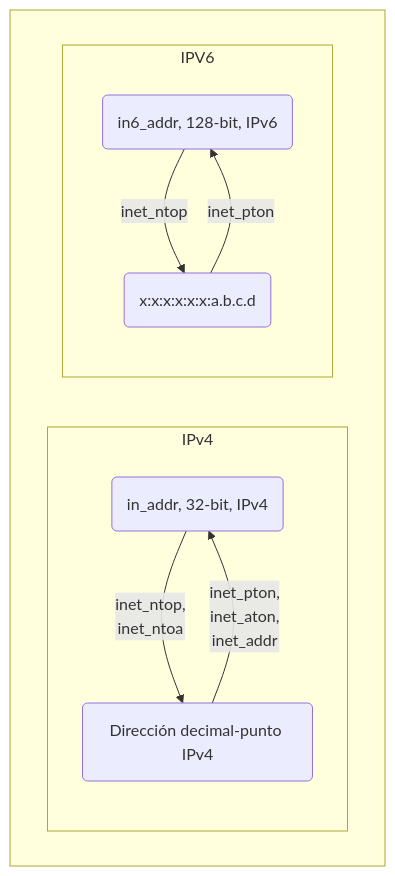
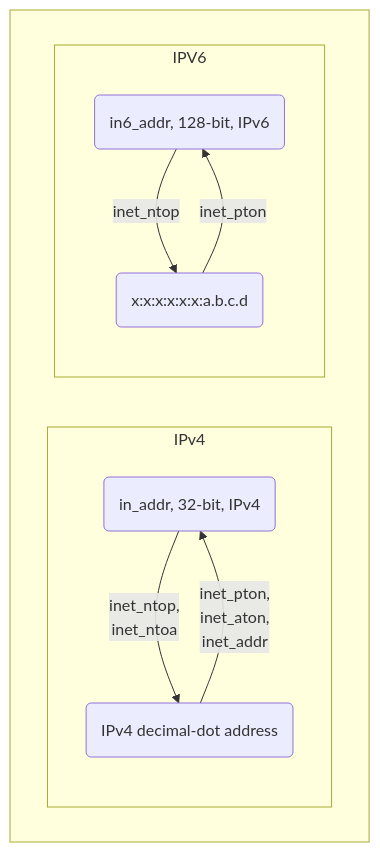
One commit to acaldero/uc3m_ds changed the second of 5 diagrams in materials/topic-sockets/ssdd_sockets.md. Above: the diagram before and after it, drawn with Mermaid. The commit also changed other lines of this file, not shown here.

````diff
--- a/materials/topic-sockets/ssdd_sockets.md
+++ b/materials/topic-sockets/ssdd_sockets.md
@@ -481,17 +489,17 @@
 ```mermaid
 flowchart TD
-    A(in_addr, 32-bit, IPv4) -->|inet_ntop,<br> inet_ntoa| B(Dirección decimal-punto IPv4)
+    A(in_addr, 32-bit, IPv4) -->|inet_ntop,<br> inet_ntoa| B(IPv4 decimal-dot address)
     B -->|inet_pton,<br> inet_aton,<br> inet_addr| A
     C(in6_addr, 128-bit, IPv6) -->|inet_ntop| D(x:x:x:x:x:x:a.b.c.d)
     D -->|inet_pton| C
     subgraph " "
       subgraph "IPv4"
         A
         B
       end
       subgraph "IPV6"
         C
         D
       end
     end
 ```
````
